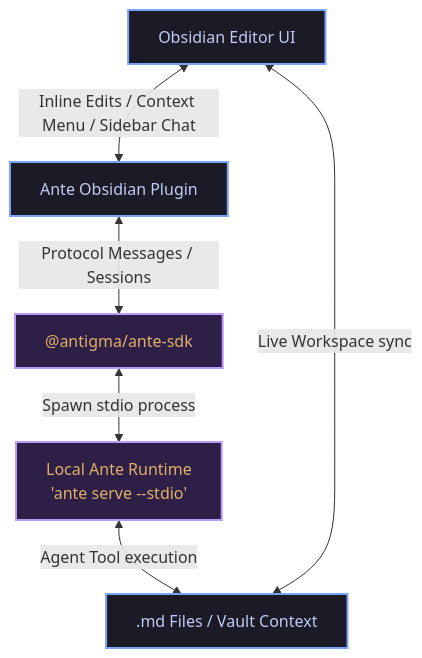
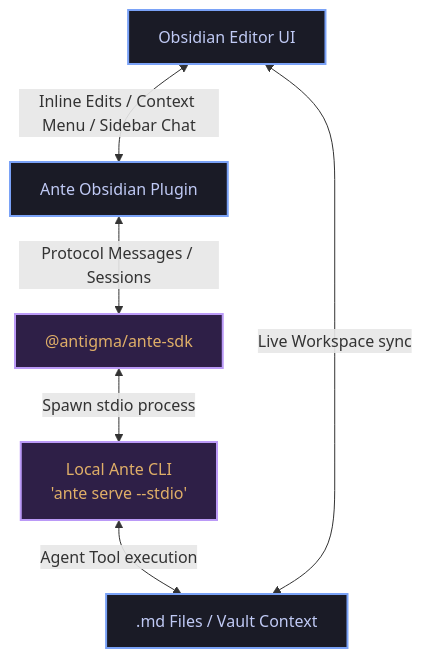
The diagram in README.md (AntigmaLabs/ante-obsidian), drawn with Mermaid before and after one commit. The commit also changed other lines of this file and 12 other files, not shown here.

First line of the commit message:
refactor(obsidian): rename runtime to cli and add copy-to-update helper

````diff
--- a/README.md
+++ b/README.md
@@ -90,13 +90,13 @@
 ```mermaid
 graph TD
     Obsidian[Obsidian Editor UI] <-->|Inline Edits / Context Menu / Sidebar Chat| Plugin[Ante Obsidian Plugin]
     Plugin <-->|Protocol Messages / Sessions| SDK["@antigma/ante-sdk"]
-    SDK <-->|Spawn stdio process| Runtime["Local Ante Runtime<br>'ante serve --stdio'"]
+    SDK <-->|Spawn stdio process| Runtime["Local Ante CLI<br>'ante serve --stdio'"]
     Runtime <-->|Agent Tool execution| Notes[".md Files / Vault Context"]
     Notes <-->|Live Workspace sync| Obsidian
 
     classDef default fill:#1A1B26,stroke:#7AA2F7,stroke-width:2px,color:#C0CAF5;
     classDef highlight fill:#2E1F47,stroke:#BB9AF7,stroke-width:2px,color:#E0AF68;
     class Obsidian,Plugin,Notes default;
     class SDK,Runtime highlight;
 ```
````
